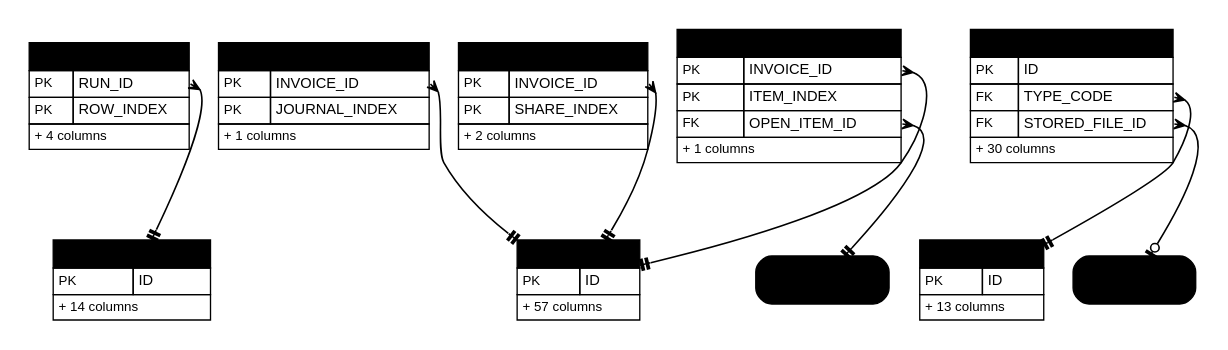
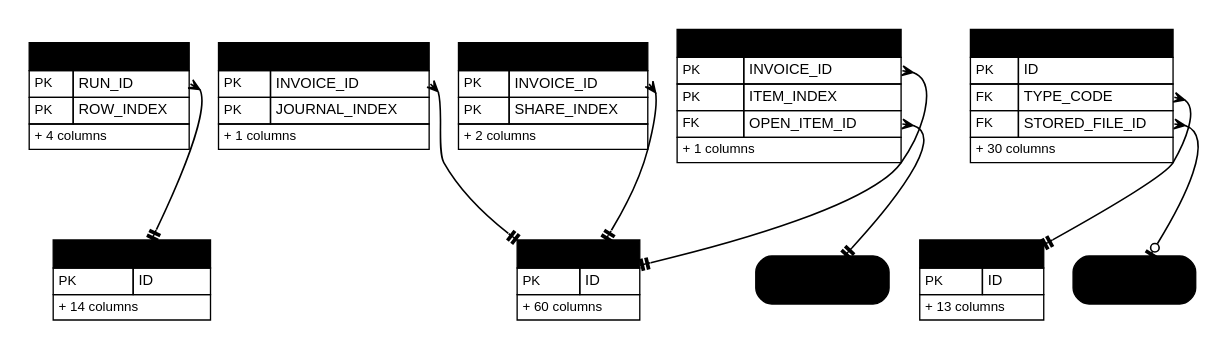
The diagram in docs/deliverables/src/programme/security_data/figures/erd/d06_booking.dot (IortaTexhNXT-DEV/FinVerse), drawn with Graphviz before and after one commit. The commit also changed 58 other files, not shown here.

```diff
--- a/docs/deliverables/src/programme/security_data/figures/erd/d06_booking.dot
+++ b/docs/deliverables/src/programme/security_data/figures/erd/d06_booking.dot
@@ -1,22 +1,22 @@
 digraph erd {
   graph [rankdir=TB, fontname="Arial", nodesep=0.3, ranksep=0.8, pad=0.2, bgcolor="white"];
   node [shape=plain, fontname="Arial"];
   edge [color="@CTA_BLUE", arrowsize=0.8, penwidth=1.2, dir=both];
   "bkg_batch_row" [label=<<table border="0" cellborder="1" cellspacing="0" cellpadding="3" color="@BORDER"><tr><td bgcolor="@HEADER_BLUE" align="left" colspan="2"><font color="@WHITE" point-size="12"><b>BKG_BATCH_ROW</b></font></td></tr><tr><td align="left"><font point-size="10" color="@MUTED">PK</font></td><td align="left" port="run_id"><font point-size="11">RUN_ID</font></td></tr><tr><td align="left"><font point-size="10" color="@MUTED">PK</font></td><td align="left" port="row_index"><font point-size="11">ROW_INDEX</font></td></tr><tr><td colspan="2" align="left"><font point-size="10" color="@MUTED">+ 4 columns</font></td></tr></table>>];
   "bkg_batch_run" [label=<<table border="0" cellborder="1" cellspacing="0" cellpadding="3" color="@BORDER"><tr><td bgcolor="@HEADER_BLUE" align="left" colspan="2"><font color="@WHITE" point-size="12"><b>BKG_BATCH_RUN</b></font></td></tr><tr><td align="left"><font point-size="10" color="@MUTED">PK</font></td><td align="left" port="id"><font point-size="11">ID</font></td></tr><tr><td colspan="2" align="left"><font point-size="10" color="@MUTED">+ 14 columns</font></td></tr></table>>];
-  "bkg_invoice" [label=<<table border="0" cellborder="1" cellspacing="0" cellpadding="3" color="@BORDER"><tr><td bgcolor="@HEADER_BLUE" align="left" colspan="2"><font color="@WHITE" point-size="12"><b>BKG_INVOICE</b></font></td></tr><tr><td align="left"><font point-size="10" color="@MUTED">PK</font></td><td align="left" port="id"><font point-size="11">ID</font></td></tr><tr><td colspan="2" align="left"><font point-size="10" color="@MUTED">+ 57 columns</font></td></tr></table>>];
+  "bkg_invoice" [label=<<table border="0" cellborder="1" cellspacing="0" cellpadding="3" color="@BORDER"><tr><td bgcolor="@HEADER_BLUE" align="left" colspan="2"><font color="@WHITE" point-size="12"><b>BKG_INVOICE</b></font></td></tr><tr><td align="left"><font point-size="10" color="@MUTED">PK</font></td><td align="left" port="id"><font point-size="11">ID</font></td></tr><tr><td colspan="2" align="left"><font point-size="10" color="@MUTED">+ 60 columns</font></td></tr></table>>];
   "bkg_invoice_journal" [label=<<table border="0" cellborder="1" cellspacing="0" cellpadding="3" color="@BORDER"><tr><td bgcolor="@HEADER_BLUE" align="left" colspan="2"><font color="@WHITE" point-size="12"><b>BKG_INVOICE_JOURNAL</b></font></td></tr><tr><td align="left"><font point-size="10" color="@MUTED">PK</font></td><td align="left" port="invoice_id"><font point-size="11">INVOICE_ID</font></td></tr><tr><td align="left"><font point-size="10" color="@MUTED">PK</font></td><td align="left" port="journal_index"><font point-size="11">JOURNAL_INDEX</font></td></tr><tr><td colspan="2" align="left"><font point-size="10" color="@MUTED">+ 1 columns</font></td></tr></table>>];
   "bkg_invoice_open_item" [label=<<table border="0" cellborder="1" cellspacing="0" cellpadding="3" color="@BORDER"><tr><td bgcolor="@HEADER_BLUE" align="left" colspan="2"><font color="@WHITE" point-size="12"><b>BKG_INVOICE_OPEN_ITEM</b></font></td></tr><tr><td align="left"><font point-size="10" color="@MUTED">PK</font></td><td align="left" port="invoice_id"><font point-size="11">INVOICE_ID</font></td></tr><tr><td align="left"><font point-size="10" color="@MUTED">PK</font></td><td align="left" port="item_index"><font point-size="11">ITEM_INDEX</font></td></tr><tr><td align="left"><font point-size="10" color="@MUTED">FK</font></td><td align="left" port="open_item_id"><font point-size="11">OPEN_ITEM_ID</font></td></tr><tr><td colspan="2" align="left"><font point-size="10" color="@MUTED">+ 1 columns</font></td></tr></table>>];
   "bkg_invoice_share" [label=<<table border="0" cellborder="1" cellspacing="0" cellpadding="3" color="@BORDER"><tr><td bgcolor="@HEADER_BLUE" align="left" colspan="2"><font color="@WHITE" point-size="12"><b>BKG_INVOICE_SHARE</b></font></td></tr><tr><td align="left"><font point-size="10" color="@MUTED">PK</font></td><td align="left" port="invoice_id"><font point-size="11">INVOICE_ID</font></td></tr><tr><td align="left"><font point-size="10" color="@MUTED">PK</font></td><td align="left" port="share_index"><font point-size="11">SHARE_INDEX</font></td></tr><tr><td colspan="2" align="left"><font point-size="10" color="@MUTED">+ 2 columns</font></td></tr></table>>];
   "bkg_service_invoice" [label=<<table border="0" cellborder="1" cellspacing="0" cellpadding="3" color="@BORDER"><tr><td bgcolor="@HEADER_BLUE" align="left" colspan="2"><font color="@WHITE" point-size="12"><b>BKG_SERVICE_INVOICE</b></font></td></tr><tr><td align="left"><font point-size="10" color="@MUTED">PK</font></td><td align="left" port="id"><font point-size="11">ID</font></td></tr><tr><td align="left"><font point-size="10" color="@MUTED">FK</font></td><td align="left" port="type_code"><font point-size="11">TYPE_CODE</font></td></tr><tr><td align="left"><font point-size="10" color="@MUTED">FK</font></td><td align="left" port="stored_file_id"><font point-size="11">STORED_FILE_ID</font></td></tr><tr><td colspan="2" align="left"><font point-size="10" color="@MUTED">+ 30 columns</font></td></tr></table>>];
   "bkg_si_type" [label=<<table border="0" cellborder="1" cellspacing="0" cellpadding="3" color="@BORDER"><tr><td bgcolor="@HEADER_BLUE" align="left" colspan="2"><font color="@WHITE" point-size="12"><b>BKG_SI_TYPE</b></font></td></tr><tr><td align="left"><font point-size="10" color="@MUTED">PK</font></td><td align="left" port="id"><font point-size="11">ID</font></td></tr><tr><td colspan="2" align="left"><font point-size="10" color="@MUTED">+ 13 columns</font></td></tr></table>>];
   "sl_open_item" [shape=box, style="rounded,filled", fillcolor="@DIRTY_WHITE", color="@MUTED", fontsize=11, label=<<font color="@MUTED">SL_OPEN_ITEM<br/><font point-size="9">SUBLEDGER</font></font>>];
   "stored_file" [shape=box, style="rounded,filled", fillcolor="@DIRTY_WHITE", color="@MUTED", fontsize=11, label=<<font color="@MUTED">STORED_FILE<br/><font point-size="9">STORAGE</font></font>>];
   "bkg_batch_row":"run_id" -> "bkg_batch_run" [arrowtail=crow, arrowhead=teetee];
   "bkg_invoice_journal":"invoice_id" -> "bkg_invoice" [arrowtail=crow, arrowhead=teetee];
   "bkg_invoice_open_item":"invoice_id" -> "bkg_invoice" [arrowtail=crow, arrowhead=teetee];
   "bkg_invoice_open_item":"open_item_id" -> "sl_open_item" [arrowtail=crow, arrowhead=teetee];
   "bkg_invoice_share":"invoice_id" -> "bkg_invoice" [arrowtail=crow, arrowhead=teetee];
   "bkg_service_invoice":"stored_file_id" -> "stored_file" [arrowtail=crow, arrowhead=teeodot];
   "bkg_service_invoice":"type_code" -> "bkg_si_type" [arrowtail=crow, arrowhead=teetee];
 }
```
